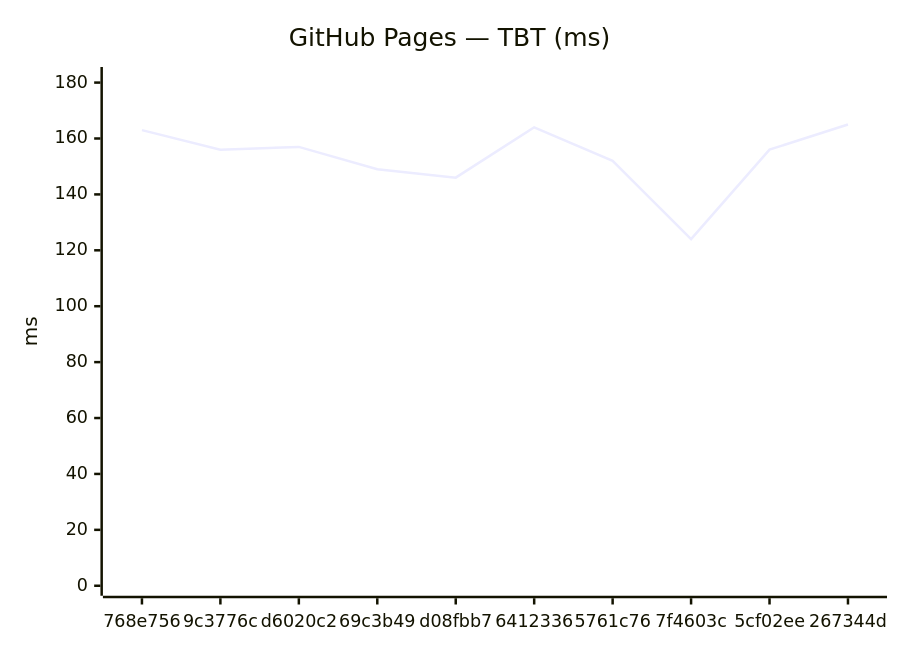
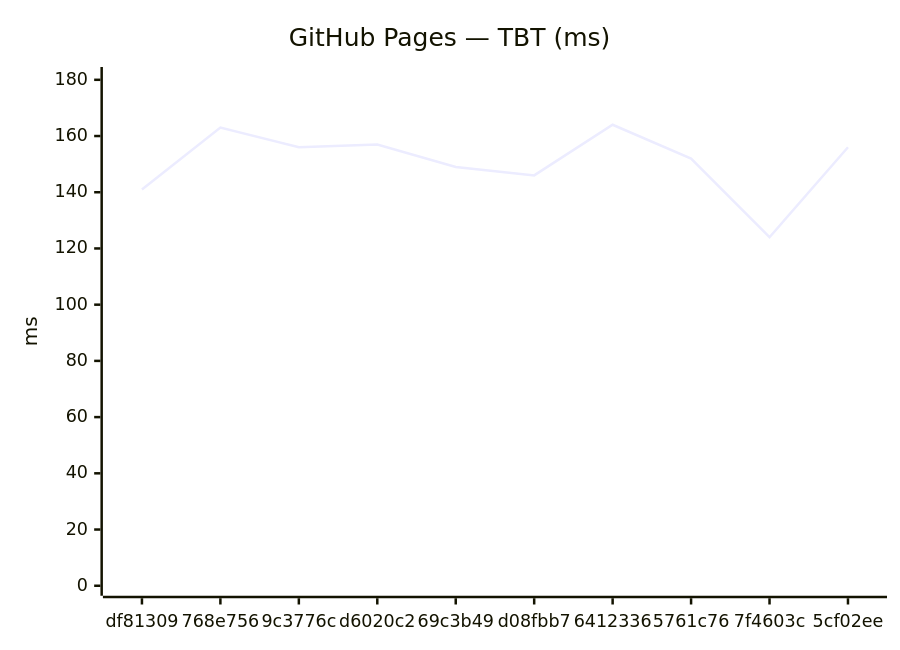
The fourth of 18 diagrams in benchmarks/compare.md (Metaheurist/Rianell), drawn with Mermaid before and after one commit. The commit also changed other lines of this file and 11 other files, not shown here.

````diff
--- a/benchmarks/compare.md
+++ b/benchmarks/compare.md
@@ -61,7 +61,7 @@
 ```mermaid
 xychart-beta
     title "GitHub Pages — TBT (ms)"
-    x-axis ["768e756", "9c3776c", "d6020c2", "69c3b49", "d08fbb7", "6412336", "5761c76", "7f4603c", "5cf02ee", "267344d"]
-    y-axis "ms" 0 --> 182
-    line [163, 156, 157, 149, 146, 164, 152, 124, 156, 165]
+    x-axis ["df81309", "768e756", "9c3776c", "d6020c2", "69c3b49", "d08fbb7", "6412336", "5761c76", "7f4603c", "5cf02ee"]
+    y-axis "ms" 0 --> 181
+    line [141, 163, 156, 157, 149, 146, 164, 152, 124, 156]
 ```
````
